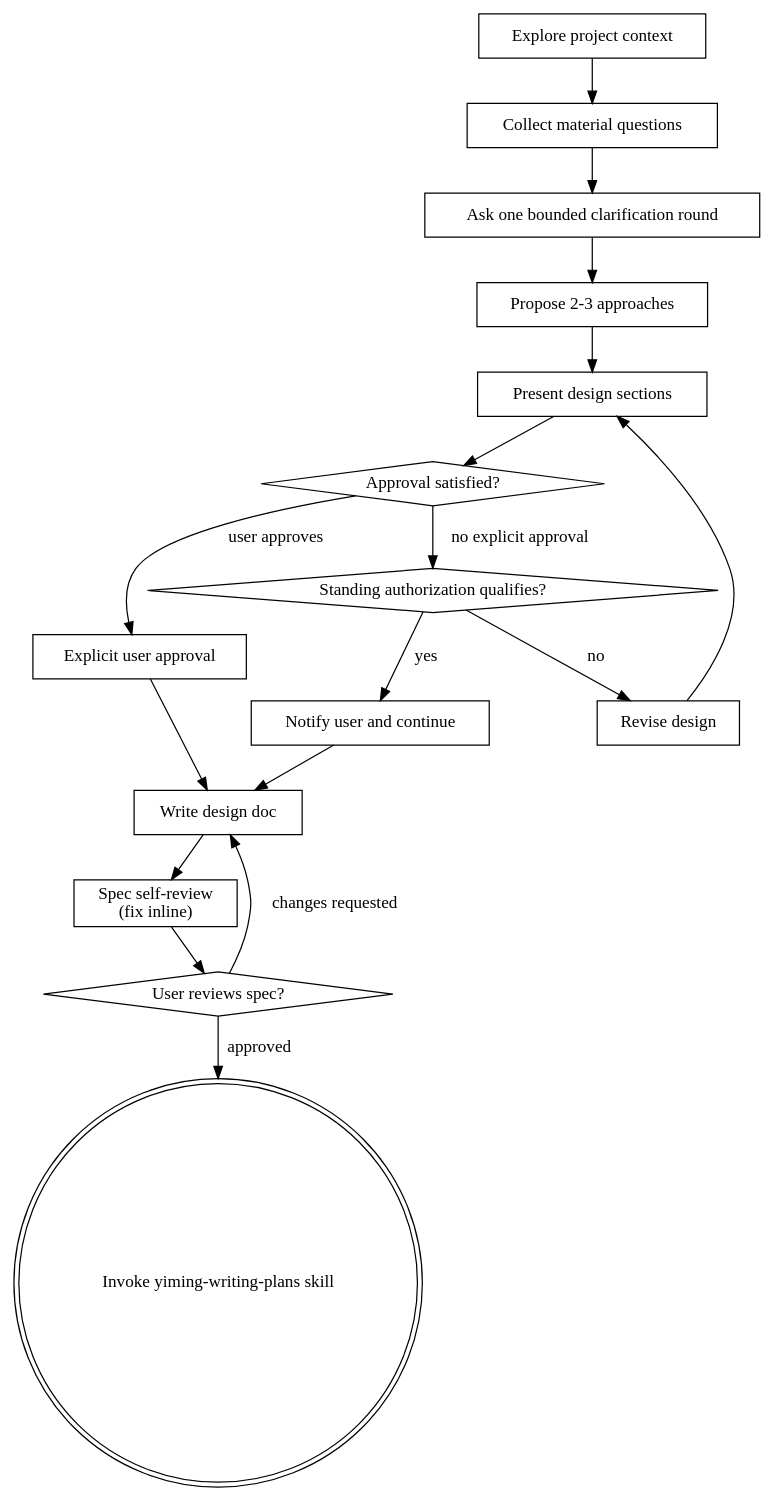
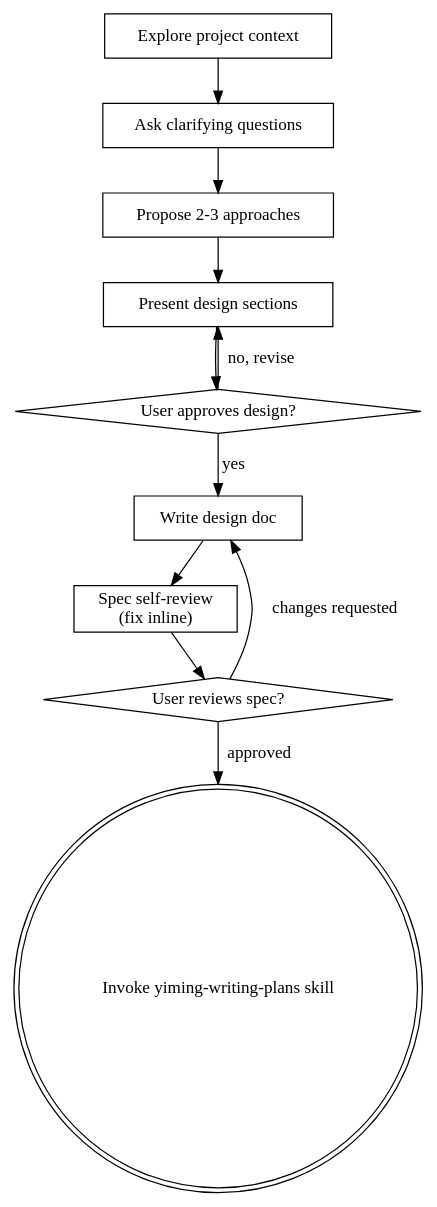
The diagram in skills/yiming-brainstorming/SKILL.md (Yimzhang/yiming-codex-skills), drawn with Graphviz before and after one commit. The commit also changed other lines of this file and 4 other files, not shown here.

````diff
--- a/skills/yiming-brainstorming/SKILL.md
+++ b/skills/yiming-brainstorming/SKILL.md
@@ -41,35 +36,24 @@
 ```dot
 digraph brainstorming {
     "Explore project context" [shape=box];
-    "Collect material questions" [shape=box];
-    "Ask one bounded clarification round" [shape=box];
+    "Ask clarifying questions" [shape=box];
     "Propose 2-3 approaches" [shape=box];
     "Present design sections" [shape=box];
-    "Approval satisfied?" [shape=diamond];
-    "Explicit user approval" [shape=box];
-    "Standing authorization qualifies?" [shape=diamond];
-    "Notify user and continue" [shape=box];
-    "Revise design" [shape=box];
+    "User approves design?" [shape=diamond];
     "Write design doc" [shape=box];
     "Spec self-review\n(fix inline)" [shape=box];
     "User reviews spec?" [shape=diamond];
     "Invoke yiming-writing-plans skill" [shape=doublecircle];
 
-    "Explore project context" -> "Collect material questions";
-    "Collect material questions" -> "Ask one bounded clarification round";
-    "Ask one bounded clarification round" -> "Propose 2-3 approaches";
+    "Explore project context" -> "Ask clarifying questions";
+    "Ask clarifying questions" -> "Propose 2-3 approaches";
     "Propose 2-3 approaches" -> "Present design sections";
-    "Present design sections" -> "Approval satisfied?";
-    "Approval satisfied?" -> "Explicit user approval" [label="user approves"];
-    "Approval satisfied?" -> "Standing authorization qualifies?" [label="no explicit approval"];
-    "Standing authorization qualifies?" -> "Notify user and continue" [label="yes"];
-    "Standing authorization qualifies?" -> "Revise design" [label="no"];
-    "Revise design" -> "Present design sections";
-    "Explicit user approval" -> "Write design doc";
-    "Notify user and continue" -> "Write design doc";
+    "Present design sections" -> "User approves design?";
+    "User approves design?" -> "Present design sections" [label="no, revise"];
+    "User approves design?" -> "Write design doc" [label="yes"];
     "Write design doc" -> "Spec self-review\n(fix inline)";
     "Spec self-review\n(fix inline)" -> "User reviews spec?";
     "User reviews spec?" -> "Write design doc" [label="changes requested"];
     "User reviews spec?" -> "Invoke yiming-writing-plans skill" [label="approved"];
 }
 ```
````
